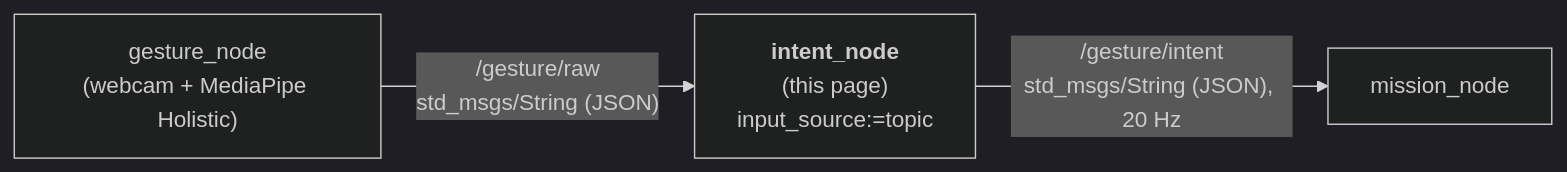
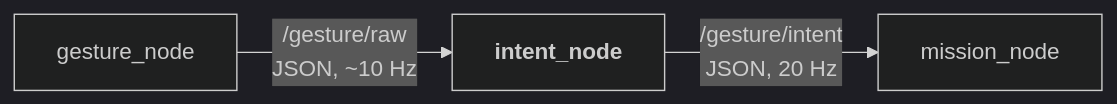
Before and after one commit to SEAME-pt/SEA-ME_Team1_ROSRangers: the diagram in docs/PraticalPlan/06 Gestures/03 Intent Node.md, drawn with Mermaid (dark theme). The commit also changed other lines of this file and 6 other files, not shown here.

````diff
--- a/docs/PraticalPlan/06 Gestures/03 Intent Node.md
+++ b/docs/PraticalPlan/06 Gestures/03 Intent Node.md
@@ -30,5 +24,5 @@
 ```mermaid
 flowchart LR
-  R["gesture_node<br/>(webcam + MediaPipe Holistic)"] -->|"/gesture/raw<br/>std_msgs/String (JSON)"| G["<b>intent_node</b><br/>(this page)<br/>input_source:=topic"]
-  G -->|"/gesture/intent<br/>std_msgs/String (JSON), 20 Hz"| M["mission_node"]
+  R["gesture_node"] -->|"/gesture/raw<br/>JSON, ~10 Hz"| G["<b>intent_node</b>"]
+  G -->|"/gesture/intent<br/>JSON, 20 Hz"| M["mission_node"]
 ```
````
